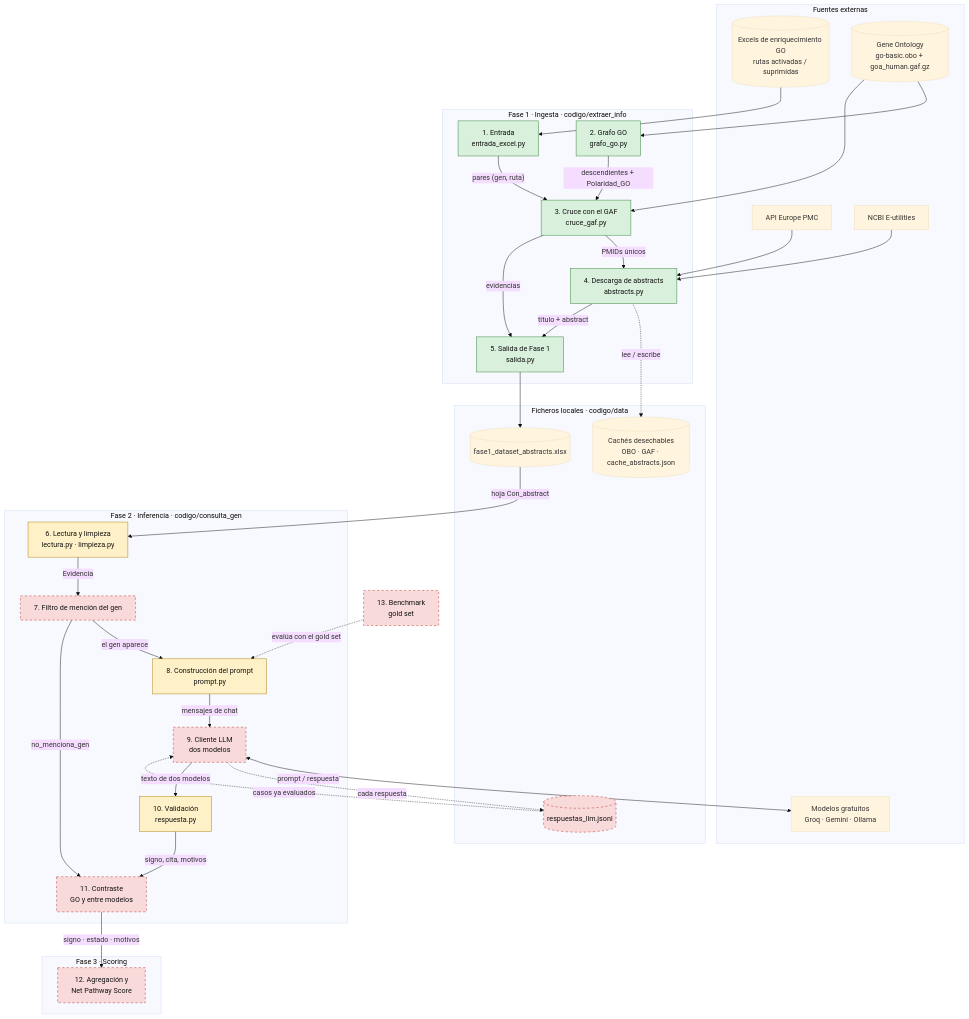
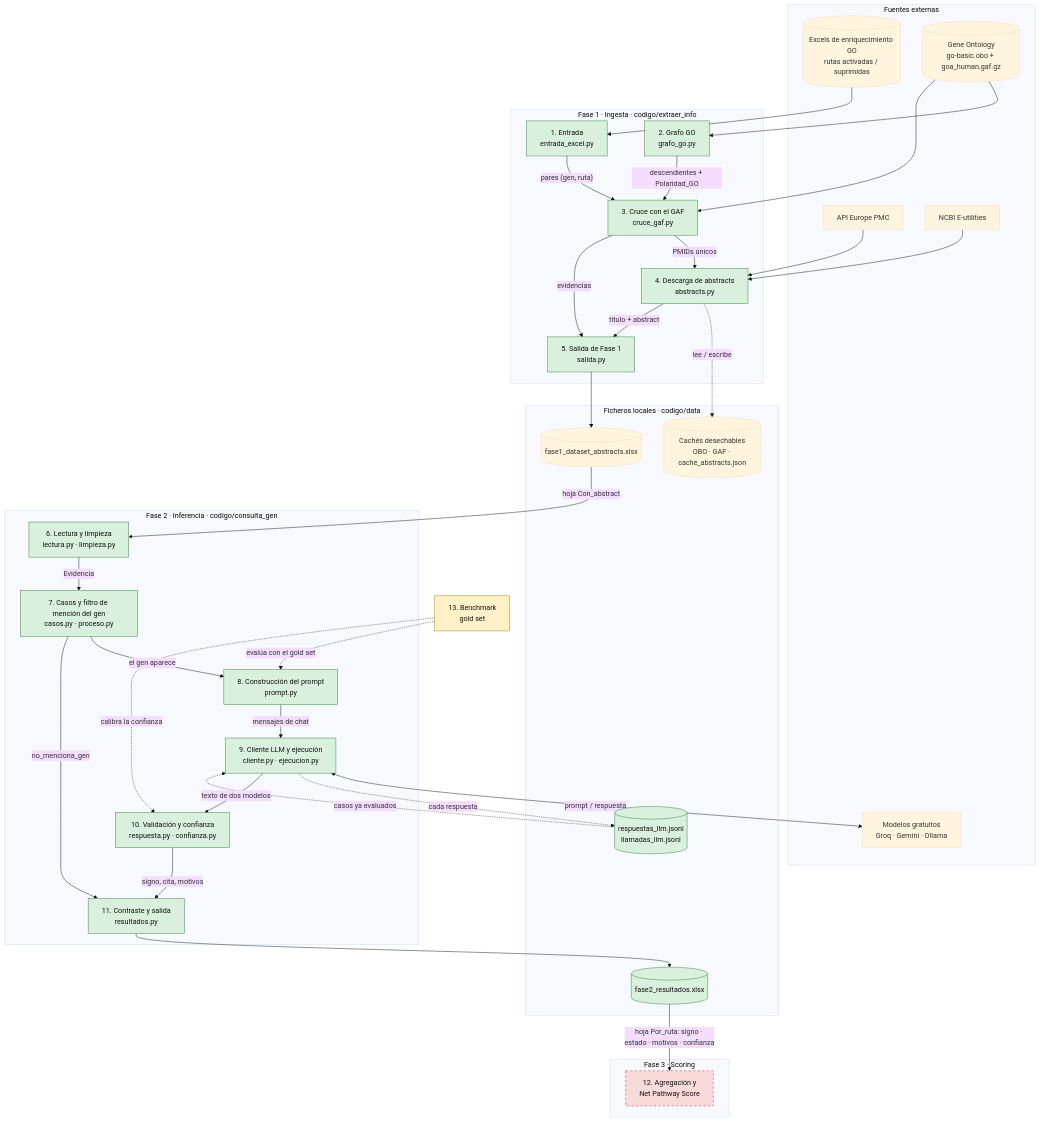
Before and after one commit to Pramm99/piia2-26: the diagram in entregas/cu-01-reinterpretacion-biologica/ARCHITECTURE.md, drawn with Mermaid (base theme). The commit also changed other lines of this file and 11 other files, not shown here.

First line of the commit message:
Fase 2: contraste entre modelos y con GO, salida por ruta y comando de ejecución completa

````diff
--- a/entregas/cu-01-reinterpretacion-biologica/ARCHITECTURE.md
+++ b/entregas/cu-01-reinterpretacion-biologica/ARCHITECTURE.md
@@ -13,73 +13,77 @@
 ```mermaid
 flowchart TD
     subgraph EXT["Fuentes externas"]
         CIMUS[("Excels de enriquecimiento GO<br/>rutas activadas / suprimidas")]
         GOF[("Gene Ontology<br/>go-basic.obo + goa_human.gaf.gz")]
         EPMC["API Europe PMC"]
         NCBI["NCBI E-utilities"]
         LLMS["Modelos gratuitos<br/>Groq · Gemini · Ollama"]
     end
 
     subgraph F1["Fase 1 · Ingesta · codigo/extraer_info"]
         E1["1. Entrada<br/>entrada_excel.py"]
         E2["2. Grafo GO<br/>grafo_go.py"]
         E3["3. Cruce con el GAF<br/>cruce_gaf.py"]
         E4["4. Descarga de abstracts<br/>abstracts.py"]
         E5["5. Salida de Fase 1<br/>salida.py"]
     end
 
     subgraph DATA["Ficheros locales · codigo/data"]
         CACHE[("Cachés desechables<br/>OBO · GAF · cache_abstracts.json")]
         XLSX[("fase1_dataset_abstracts.xlsx")]
-        REG[("respuestas_llm.jsonl")]
+        REG[("respuestas_llm.jsonl<br/>llamadas_llm.jsonl")]
+        RES[("fase2_resultados.xlsx")]
     end
 
     subgraph F2["Fase 2 · Inferencia · codigo/consulta_gen"]
         L1["6. Lectura y limpieza<br/>lectura.py · limpieza.py"]
-        L2["7. Filtro de mención del gen"]
+        L2["7. Casos y filtro de mención del gen<br/>casos.py · proceso.py"]
         L3["8. Construcción del prompt<br/>prompt.py"]
-        L4["9. Cliente LLM<br/>dos modelos"]
-        L5["10. Validación<br/>respuesta.py"]
-        L6["11. Contraste<br/>GO y entre modelos"]
+        L4["9. Cliente LLM y ejecución<br/>cliente.py · ejecucion.py"]
+        L5["10. Validación y confianza<br/>respuesta.py · confianza.py"]
+        L6["11. Contraste y salida<br/>resultados.py"]
     end
 
     subgraph F3["Fase 3 · Scoring"]
         S1["12. Agregación y<br/>Net Pathway Score"]
     end
 
     B1["13. Benchmark<br/>gold set"]
 
     CIMUS --> E1
     GOF --> E2
     GOF --> E3
     E1 -->|"pares (gen, ruta)"| E3
     E2 -->|"descendientes + Polaridad_GO"| E3
     E3 -->|"PMIDs únicos"| E4
     EPMC --> E4
     NCBI --> E4
     E4 -.->|"lee / escribe"| CACHE
     E3 -->|"evidencias"| E5
     E4 -->|"título + abstract"| E5
     E5 --> XLSX
 
     XLSX -->|"hoja Con_abstract"| L1
     L1 -->|"Evidencia"| L2
     L2 -->|"el gen aparece"| L3
     L2 -->|"no_menciona_gen"| L6
     L3 -->|"mensajes de chat"| L4
     L4 <-->|"prompt / respuesta"| LLMS
     L4 -.->|"cada respuesta"| REG
     REG -.->|"casos ya evaluados"| L4
     L4 -->|"texto de dos modelos"| L5
     L5 -->|"signo, cita, motivos"| L6
-    L6 -->|"signo · estado · motivos"| S1
+    L6 --> RES
+    RES -->|"hoja Por_ruta: signo · estado · motivos · confianza"| S1
 
     B1 -.->|"evalúa con el gold set"| L3
+    B1 -.->|"calibra la confianza"| L5
 
     classDef hecho fill:#d8f0dc,stroke:#2e7d32,color:#111
     classDef parcial fill:#fff1c7,stroke:#a77b00,color:#111
     classDef pendiente fill:#f9dada,stroke:#b3261e,color:#111,stroke-dasharray:5 5
     class E1,E2,E3,E4,E5 hecho
-    class L1,L3,L5 parcial
-    class L2,L4,L6,S1,B1,REG pendiente
+    class L1,L2,L3,L4,L5,L6,REG,RES hecho
+    class B1 parcial
+    class S1 pendiente
 ```
````
